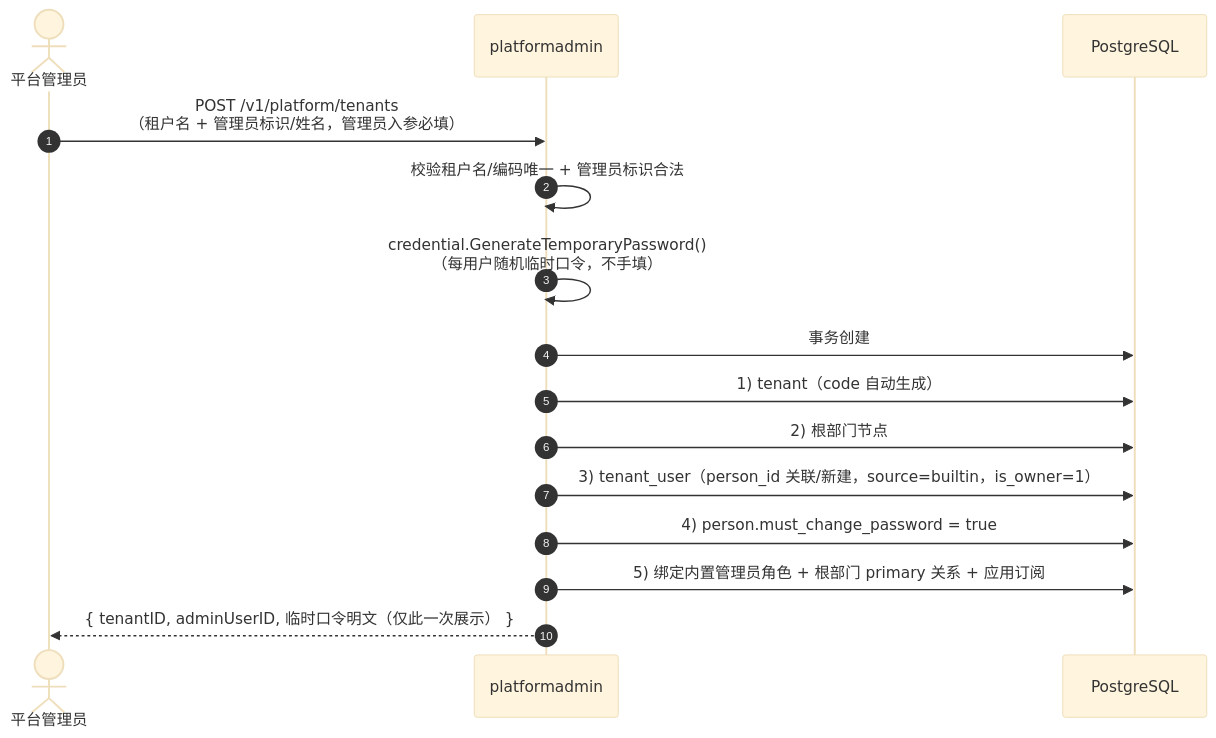
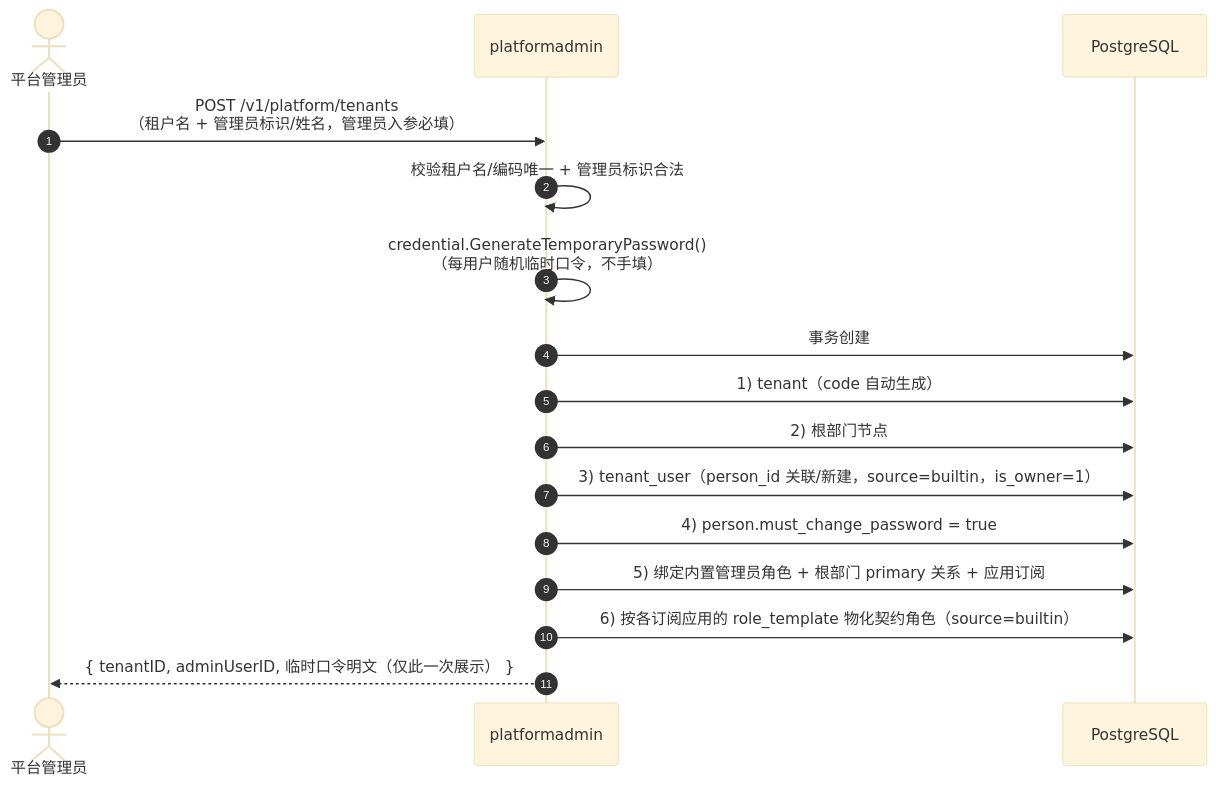
One commit to morehao/ark-iam changed diagram 12 of 15 in docs/design/system-design.md. Above: the diagram before and after it, drawn with Mermaid (base theme). The commit also changed other lines of this file and 42 other files, not shown here.

````diff
--- a/docs/design/system-design.md
+++ b/docs/design/system-design.md
@@ -818,18 +851,19 @@
 ```mermaid
 sequenceDiagram
     autonumber
     actor P as 平台管理员
     participant PA as platformadmin
     participant DB as PostgreSQL
 
     P->>PA: POST /v1/platform/tenants<br/>（租户名 + 管理员标识/姓名，管理员入参必填）
     PA->>PA: 校验租户名/编码唯一 + 管理员标识合法
     PA->>PA: credential.GenerateTemporaryPassword()<br/>（每用户随机临时口令，不手填）
     PA->>DB: 事务创建
     PA->>DB: 1) tenant（code 自动生成）
     PA->>DB: 2) 根部门节点
     PA->>DB: 3) tenant_user（person_id 关联/新建，source=builtin，is_owner=1）
     PA->>DB: 4) person.must_change_password = true
     PA->>DB: 5) 绑定内置管理员角色 + 根部门 primary 关系 + 应用订阅
+    PA->>DB: 6) 按各订阅应用的 role_template 物化契约角色（source=builtin）
     PA-->>P: { tenantID, adminUserID, 临时口令明文（仅此一次展示） }
 ```
````
